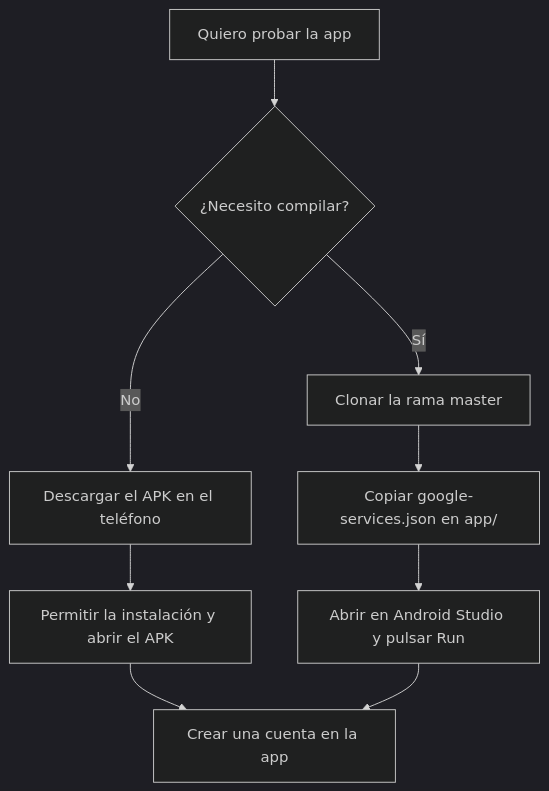
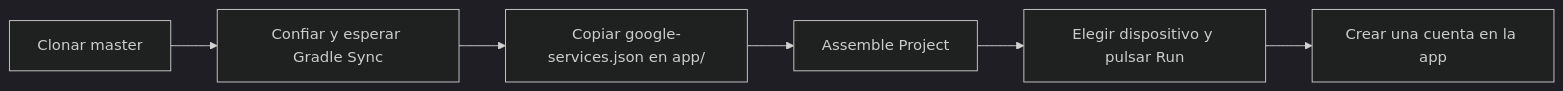
Before and after one commit to ErickEsquivel/Huellitas_YA: the diagram in README.md, drawn with Mermaid (dark theme). The commit also changed other lines of this file and 14 other files, not shown here.

First line of the commit message:
README: guía de compilación con Android Studio e imágenes

````diff
--- a/README.md
+++ b/README.md
@@ -34,11 +36,8 @@
 ```mermaid
-flowchart TD
-    A[Quiero probar la app] --> B{¿Necesito compilar?}
-    B -- No --> C[Descargar el APK en el teléfono]
-    C --> D[Permitir la instalación y abrir el APK]
-    B -- Sí --> E[Clonar la rama master]
-    E --> F[Copiar google-services.json en app/]
-    F --> G[Abrir en Android Studio y pulsar Run]
-    D --> H[Crear una cuenta en la app]
-    G --> H
+flowchart LR
+    A[Clonar master] --> B[Confiar y esperar Gradle Sync]
+    B --> C[Copiar google-services.json en app/]
+    C --> D[Assemble Project]
+    D --> E[Elegir dispositivo y pulsar Run]
+    E --> F[Crear una cuenta en la app]
 ```
````
